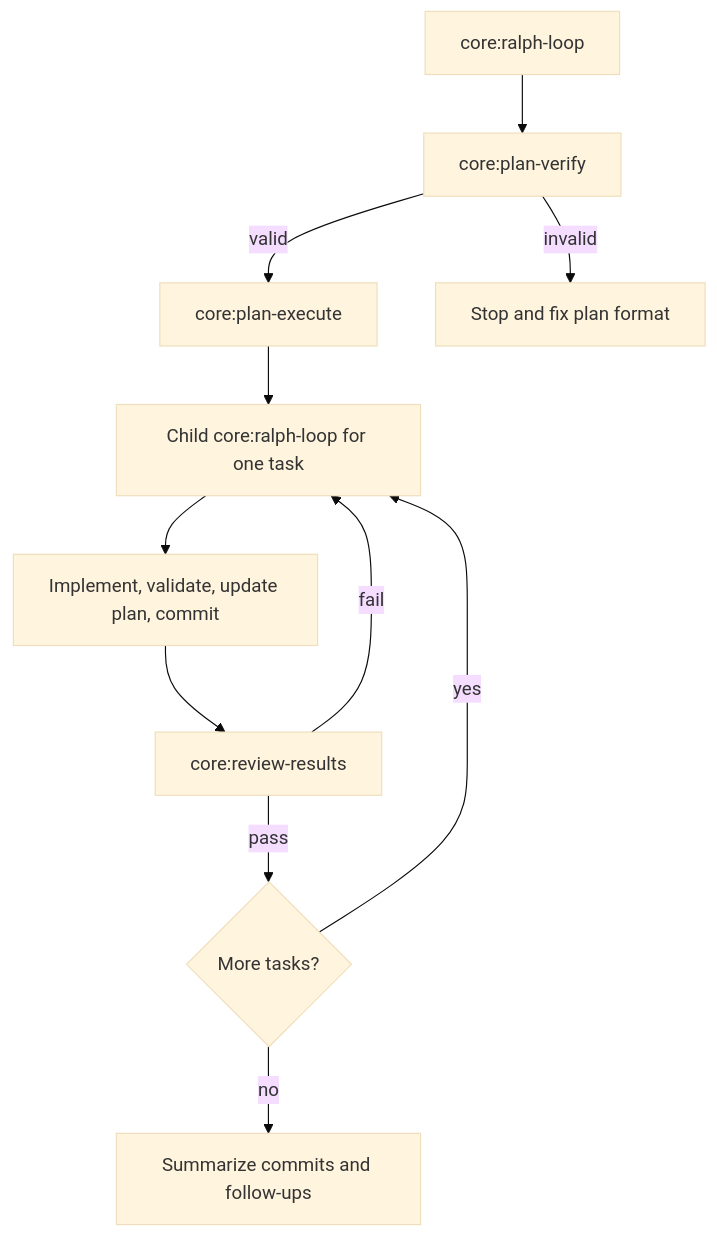
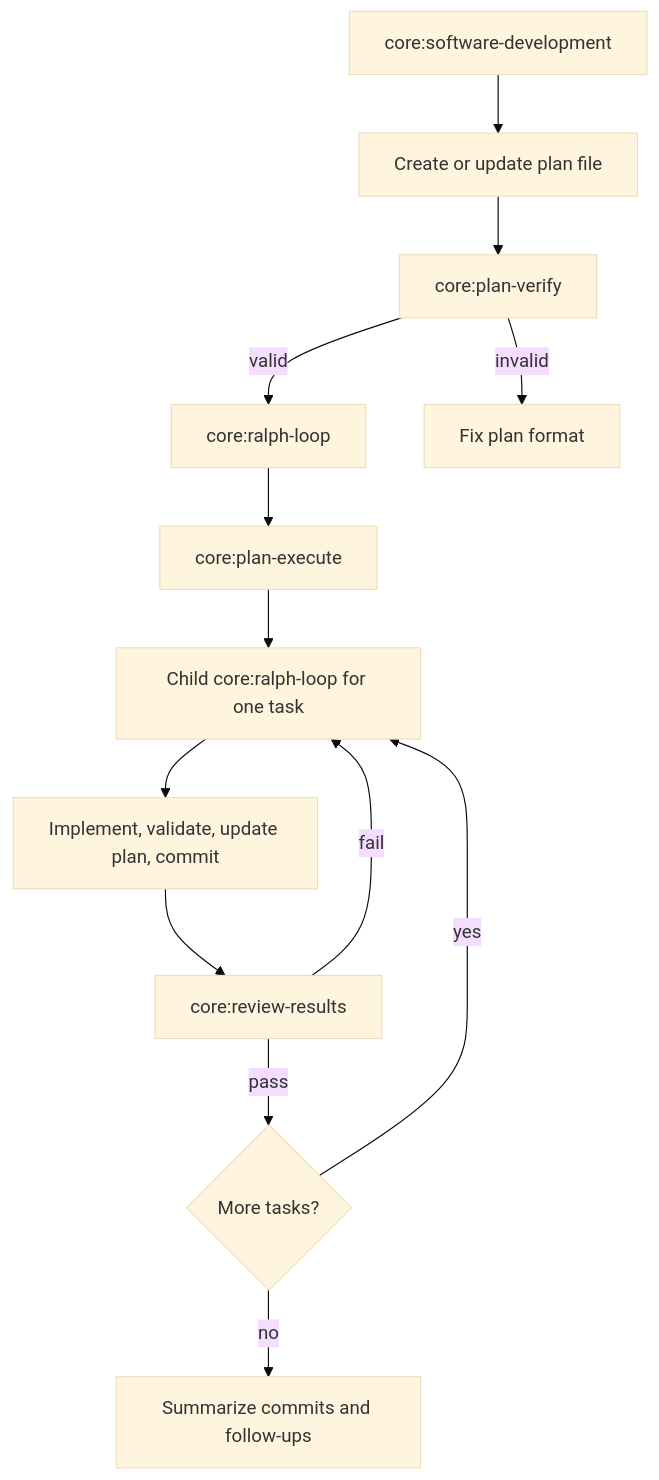
Before and after one commit to ex3ndr/daycare: the first of 2 diagrams in doc/20260311-ralph-loop-v2.md, drawn with Mermaid (base theme). The commit also changed other lines of this file and 8 other files, not shown here.

Commit message:
feat: add software development entry task

````diff
--- a/doc/20260311-ralph-loop-v2.md
+++ b/doc/20260311-ralph-loop-v2.md
@@ -16,13 +17,15 @@
 ```mermaid
 flowchart TD
-    A[core:ralph-loop] --> B[core:plan-verify]
-    B -->|valid| C[core:plan-execute]
-    B -->|invalid| H[Stop and fix plan format]
-    C --> D[Child core:ralph-loop for one task]
-    D --> E[Implement, validate, update plan, commit]
-    E --> F[core:review-results]
-    F -->|pass| G{More tasks?}
-    F -->|fail| D
-    G -->|yes| D
-    G -->|no| I[Summarize commits and follow-ups]
+    A[core:software-development] --> B[Create or update plan file]
+    B --> C[core:plan-verify]
+    C -->|valid| D[core:ralph-loop]
+    C -->|invalid| J[Fix plan format]
+    D --> E[core:plan-execute]
+    E --> F[Child core:ralph-loop for one task]
+    F --> G[Implement, validate, update plan, commit]
+    G --> H[core:review-results]
+    H -->|pass| I{More tasks?}
+    H -->|fail| F
+    I -->|yes| F
+    I -->|no| K[Summarize commits and follow-ups]
 ```
````
